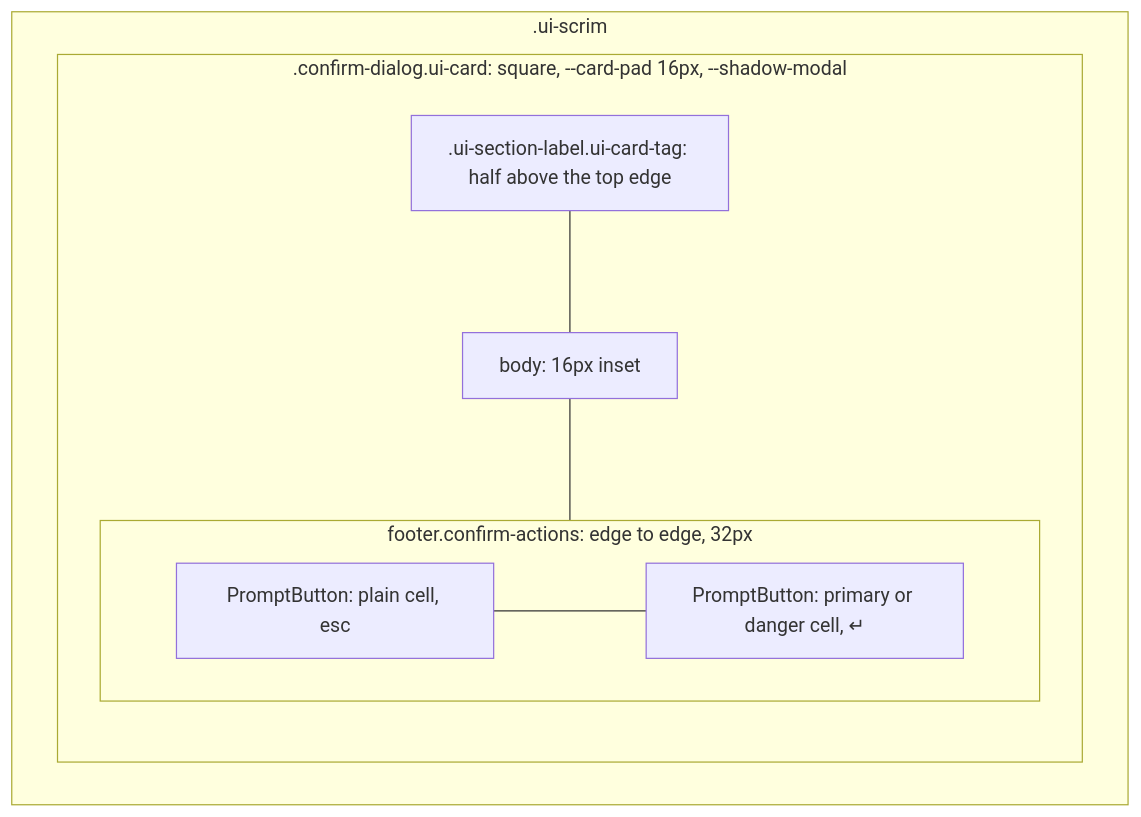
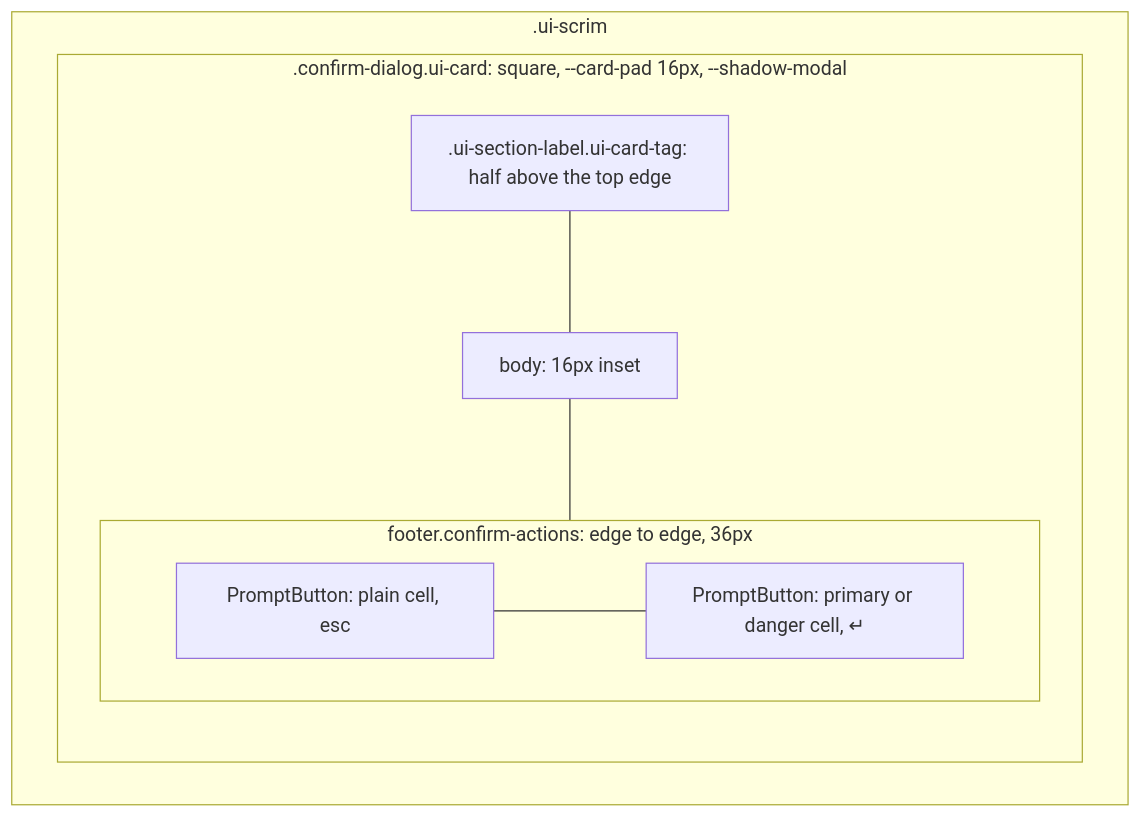
Before and after one commit to Kapps/weavie: the first of 2 diagrams in docs/concepts/design-system.md, drawn with Mermaid. The commit also changed other lines of this file and 2 other files, not shown here.

````diff
--- a/docs/concepts/design-system.md
+++ b/docs/concepts/design-system.md
@@ -133,15 +133,15 @@
 ```mermaid
 flowchart TB
   subgraph scrim[".ui-scrim"]
     subgraph card[".confirm-dialog.ui-card: square, --card-pad 16px, --shadow-modal"]
       direction TB
       tag[".ui-section-label.ui-card-tag: half above the top edge"]
       body["body: 16px inset"]
-      subgraph actions["footer.confirm-actions: edge to edge, 32px"]
+      subgraph actions["footer.confirm-actions: edge to edge, 36px"]
         direction LR
         cancel["PromptButton: plain cell, esc"] --- go["PromptButton: primary or danger cell, ↵"]
       end
       tag --- body --- actions
     end
   end
 ```
````
